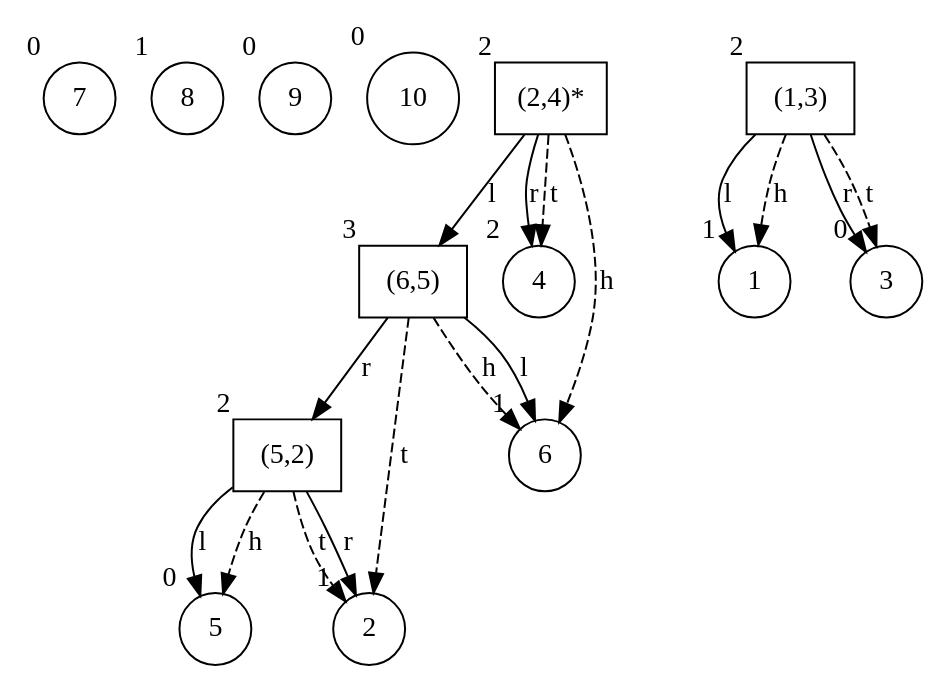
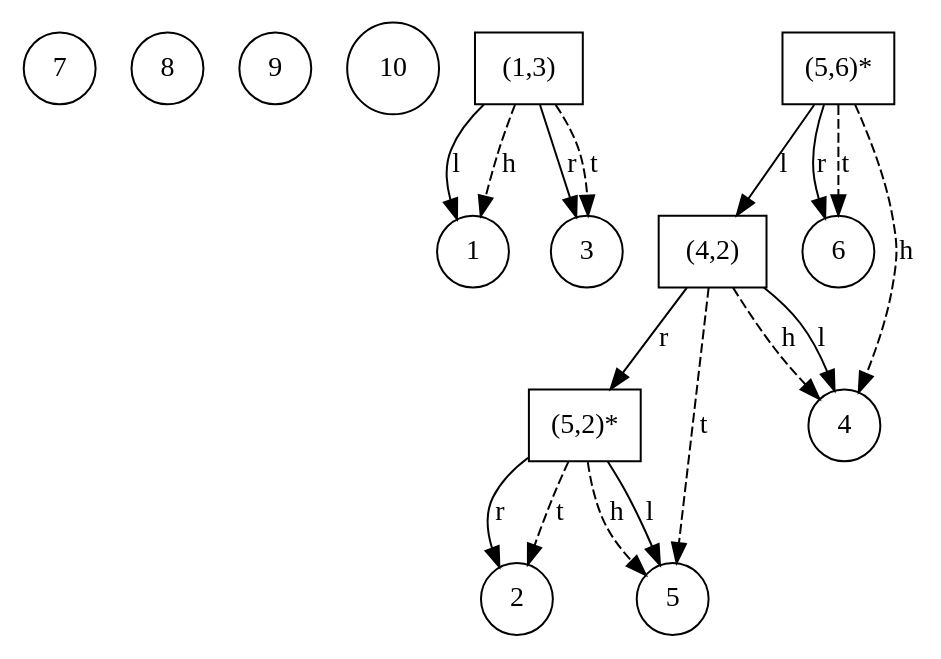
Before and after one commit to Musab1Blaser/DynamicTrees_NF: the diagram in ST-Tree/src/internal_graph.dot, drawn with Graphviz. The commit also changed 7 other files, not shown here.

```diff
--- a/ST-Tree/src/internal_graph.dot
+++ b/ST-Tree/src/internal_graph.dot
@@ -1,32 +1,32 @@
 digraph G {
-7 [shape=circle,xlabel=0];
-8 [shape=circle,xlabel=1];
-9 [shape=circle,xlabel=0];
-10 [shape=circle,xlabel=0];
-"(2,4)*" [shape=box,xlabel=2];
-"(2,4)*" -> "(6,5)" [label=l];
-4 [shape=circle,xlabel=2];
-"(2,4)*" -> 4 [label=r];
-"(2,4)*" -> 6 [style=dashed, label = h];
-"(2,4)*" -> 4 [style=dashed, label = t];
-"(6,5)" [shape=box,xlabel=3];
-6 [shape=circle,xlabel=1];
-"(6,5)" -> 6 [label=l];
-"(6,5)" -> "(5,2)" [label=r];
-"(6,5)" -> 6 [style=dashed, label = h];
-"(6,5)" -> 2 [style=dashed, label = t];
-"(5,2)" [shape=box,xlabel=2];
-5 [shape=circle,xlabel=0];
-"(5,2)" -> 5 [label=l];
-2 [shape=circle,xlabel=1];
-"(5,2)" -> 2 [label=r];
-"(5,2)" -> 5 [style=dashed, label = h];
-"(5,2)" -> 2 [style=dashed, label = t];
-"(1,3)" [shape=box,xlabel=2];
-1 [shape=circle,xlabel=1];
+7 [shape=circle];
+8 [shape=circle];
+9 [shape=circle];
+10 [shape=circle];
+"(1,3)" [shape=box];
+1 [shape=circle];
 "(1,3)" -> 1 [label=l];
-3 [shape=circle,xlabel=0];
+3 [shape=circle];
 "(1,3)" -> 3 [label=r];
 "(1,3)" -> 1 [style=dashed, label = h];
 "(1,3)" -> 3 [style=dashed, label = t];
+"(5,6)*" [shape=box];
+"(5,6)*" -> "(4,2)" [label=l];
+6 [shape=circle];
+"(5,6)*" -> 6 [label=r];
+"(5,6)*" -> 4 [style=dashed, label = h];
+"(5,6)*" -> 6 [style=dashed, label = t];
+"(4,2)" [shape=box];
+4 [shape=circle];
+"(4,2)" -> 4 [label=l];
+"(4,2)" -> "(5,2)*" [label=r];
+"(4,2)" -> 4 [style=dashed, label = h];
+"(4,2)" -> 5 [style=dashed, label = t];
+"(5,2)*" [shape=box];
+5 [shape=circle];
+"(5,2)*" -> 5 [label=l];
+2 [shape=circle];
+"(5,2)*" -> 2 [label=r];
+"(5,2)*" -> 5 [style=dashed, label = h];
+"(5,2)*" -> 2 [style=dashed, label = t];
 }
```
